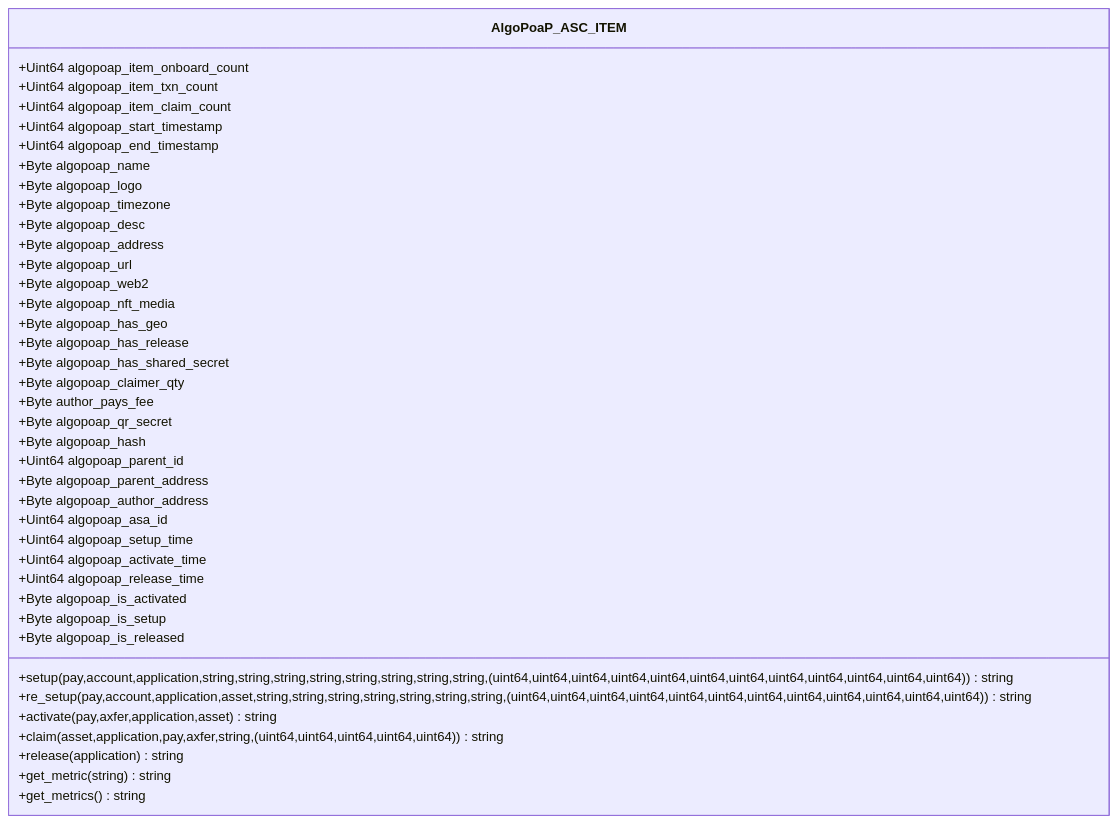
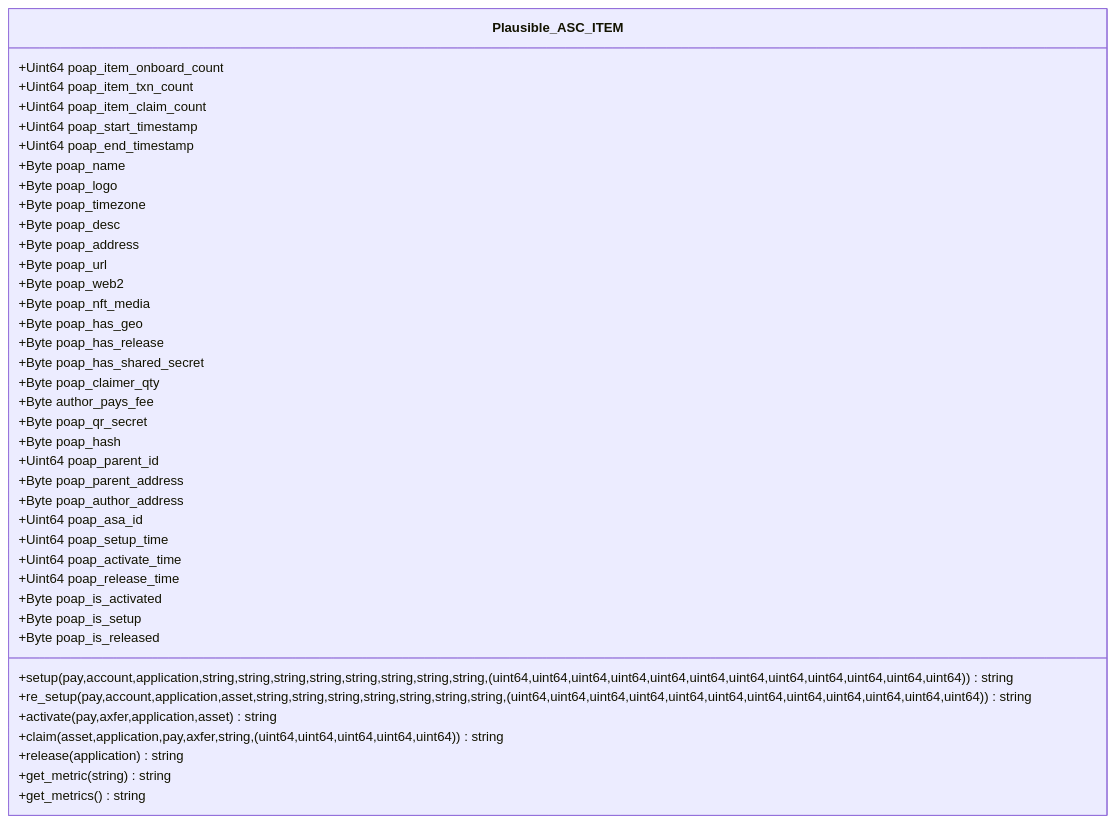
One commit to GoPlausible/.github changed the eighth of 8 diagrams in profile/README.md. Above: the diagram before and after it, drawn with Mermaid. The commit also changed other lines of this file, not shown here.

````diff
--- a/profile/README.md
+++ b/profile/README.md
@@ -443,56 +443,56 @@
 ```mermaid
   classDiagram
-    class AlgoPoaP_ASC_ITEM
+    class Plausible_ASC_ITEM
 
-    AlgoPoaP_ASC_ITEM : +Uint64 algopoap_item_onboard_count
-    AlgoPoaP_ASC_ITEM : +Uint64 algopoap_item_txn_count
-    AlgoPoaP_ASC_ITEM : +Uint64 algopoap_item_claim_count
+    Plausible_ASC_ITEM : +Uint64 poap_item_onboard_count
+    Plausible_ASC_ITEM : +Uint64 poap_item_txn_count
+    Plausible_ASC_ITEM : +Uint64 poap_item_claim_count
 
-    AlgoPoaP_ASC_ITEM : +Uint64 algopoap_start_timestamp
-    AlgoPoaP_ASC_ITEM : +Uint64 algopoap_end_timestamp
-    AlgoPoaP_ASC_ITEM : +Byte algopoap_name
-    AlgoPoaP_ASC_ITEM : +Byte algopoap_logo
-    AlgoPoaP_ASC_ITEM : +Byte algopoap_timezone
-    AlgoPoaP_ASC_ITEM : +Byte algopoap_desc
-    AlgoPoaP_ASC_ITEM : +Byte algopoap_address
-    AlgoPoaP_ASC_ITEM : +Byte algopoap_url
-    AlgoPoaP_ASC_ITEM : +Byte algopoap_web2
-    AlgoPoaP_ASC_ITEM : +Byte algopoap_nft_media
-    AlgoPoaP_ASC_ITEM : +Byte algopoap_has_geo
-    AlgoPoaP_ASC_ITEM : +Byte algopoap_has_release
-    AlgoPoaP_ASC_ITEM : +Byte algopoap_has_shared_secret
-    AlgoPoaP_ASC_ITEM : +Byte algopoap_claimer_qty
-    AlgoPoaP_ASC_ITEM : +Byte author_pays_fee
-    AlgoPoaP_ASC_ITEM : +Byte algopoap_qr_secret
-    AlgoPoaP_ASC_ITEM : +Byte algopoap_hash
+    Plausible_ASC_ITEM : +Uint64 poap_start_timestamp
+    Plausible_ASC_ITEM : +Uint64 poap_end_timestamp
+    Plausible_ASC_ITEM : +Byte poap_name
+    Plausible_ASC_ITEM : +Byte poap_logo
+    Plausible_ASC_ITEM : +Byte poap_timezone
+    Plausible_ASC_ITEM : +Byte poap_desc
+    Plausible_ASC_ITEM : +Byte poap_address
+    Plausible_ASC_ITEM : +Byte poap_url
+    Plausible_ASC_ITEM : +Byte poap_web2
+    Plausible_ASC_ITEM : +Byte poap_nft_media
+    Plausible_ASC_ITEM : +Byte poap_has_geo
+    Plausible_ASC_ITEM : +Byte poap_has_release
+    Plausible_ASC_ITEM : +Byte poap_has_shared_secret
+    Plausible_ASC_ITEM : +Byte poap_claimer_qty
+    Plausible_ASC_ITEM : +Byte author_pays_fee
+    Plausible_ASC_ITEM : +Byte poap_qr_secret
+    Plausible_ASC_ITEM : +Byte poap_hash
 
 
-    AlgoPoaP_ASC_ITEM : +Uint64 algopoap_parent_id
-    AlgoPoaP_ASC_ITEM : +Byte algopoap_parent_address
-    AlgoPoaP_ASC_ITEM : +Byte algopoap_author_address
-    AlgoPoaP_ASC_ITEM : +Uint64 algopoap_asa_id
+    Plausible_ASC_ITEM : +Uint64 poap_parent_id
+    Plausible_ASC_ITEM : +Byte poap_parent_address
+    Plausible_ASC_ITEM : +Byte poap_author_address
+    Plausible_ASC_ITEM : +Uint64 poap_asa_id
 
-    AlgoPoaP_ASC_ITEM : +Uint64 algopoap_setup_time
-    AlgoPoaP_ASC_ITEM : +Uint64 algopoap_activate_time
-    AlgoPoaP_ASC_ITEM : +Uint64 algopoap_release_time
+    Plausible_ASC_ITEM : +Uint64 poap_setup_time
+    Plausible_ASC_ITEM : +Uint64 poap_activate_time
+    Plausible_ASC_ITEM : +Uint64 poap_release_time
 
 
-     AlgoPoaP_ASC_ITEM : +Byte algopoap_is_activated
-    AlgoPoaP_ASC_ITEM : +Byte algopoap_is_setup
-    AlgoPoaP_ASC_ITEM : +Byte algopoap_is_released
+     Plausible_ASC_ITEM : +Byte poap_is_activated
+    Plausible_ASC_ITEM : +Byte poap_is_setup
+    Plausible_ASC_ITEM : +Byte poap_is_released
 
 
 
  
 
-    AlgoPoaP_ASC_ITEM : +setup(pay,account,application,string,string,string,string,string,string,string,string,(uint64,uint64,uint64,uint64,uint64,uint64,uint64,uint64,uint64,uint64,uint64,uint64))string
-    AlgoPoaP_ASC_ITEM : +re_setup(pay,account,application,asset,string,string,string,string,string,string,string,(uint64,uint64,uint64,uint64,uint64,uint64,uint64,uint64,uint64,uint64,uint64,uint64))string
-    AlgoPoaP_ASC_ITEM : +activate(pay,axfer,application,asset)string
-    AlgoPoaP_ASC_ITEM : +claim(asset,application,pay,axfer,string,(uint64,uint64,uint64,uint64,uint64))string
-    AlgoPoaP_ASC_ITEM : +release(application)string
-    AlgoPoaP_ASC_ITEM : +get_metric(string)string
-    AlgoPoaP_ASC_ITEM : +get_metrics()string
+    Plausible_ASC_ITEM : +setup(pay,account,application,string,string,string,string,string,string,string,string,(uint64,uint64,uint64,uint64,uint64,uint64,uint64,uint64,uint64,uint64,uint64,uint64))string
+    Plausible_ASC_ITEM : +re_setup(pay,account,application,asset,string,string,string,string,string,string,string,(uint64,uint64,uint64,uint64,uint64,uint64,uint64,uint64,uint64,uint64,uint64,uint64))string
+    Plausible_ASC_ITEM : +activate(pay,axfer,application,asset)string
+    Plausible_ASC_ITEM : +claim(asset,application,pay,axfer,string,(uint64,uint64,uint64,uint64,uint64))string
+    Plausible_ASC_ITEM : +release(application)string
+    Plausible_ASC_ITEM : +get_metric(string)string
+    Plausible_ASC_ITEM : +get_metrics()string
     
   
     
 ```
````
